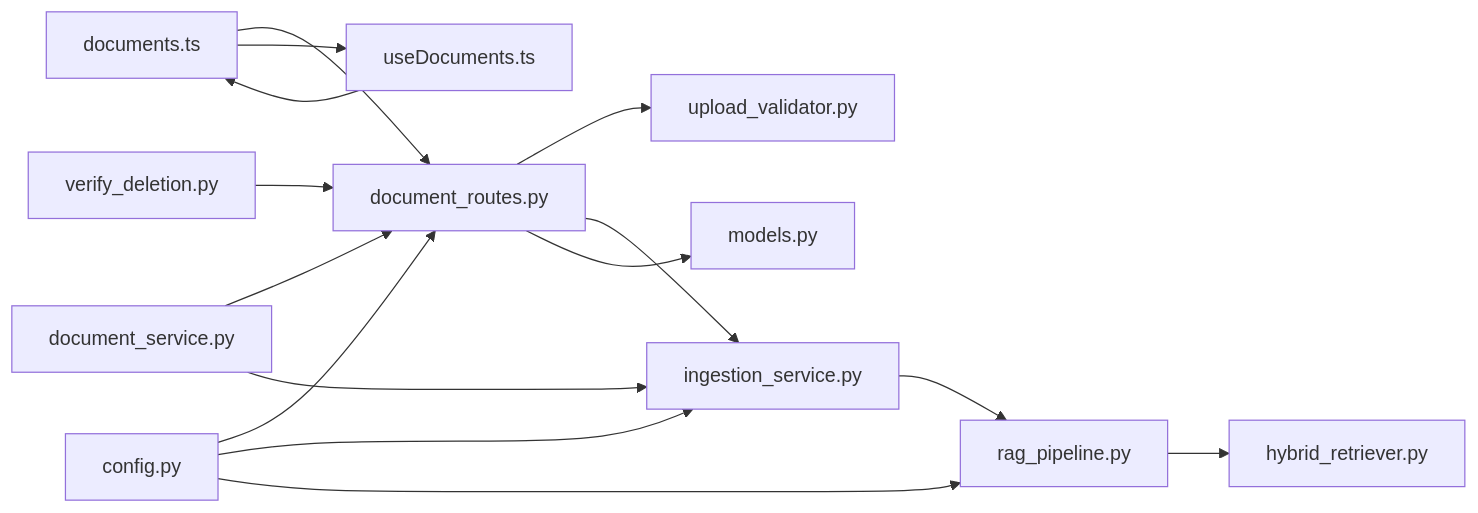
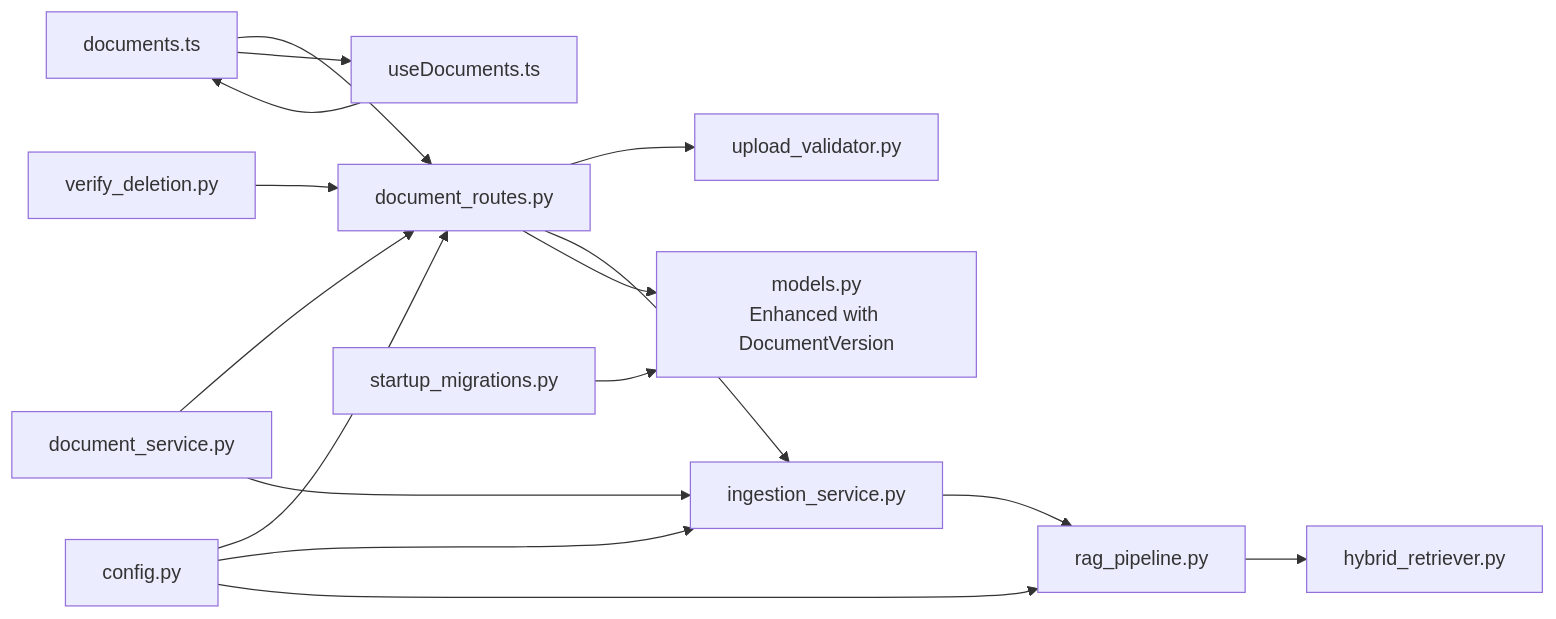
One commit to genes8/private-ai changed the fifth of 5 diagrams in .qoder/repowiki/en/content/API Reference/Administrative API/Document Management API.md. Above: the diagram before and after it, drawn with Mermaid. The commit also changed other lines of this file and 7 other files, not shown here.

First line of the commit message:
fix: startup_migrations SQLAlchemy text() bind-parameter parsing bug

````diff
--- a/.qoder/repowiki/en/content/API Reference/Administrative API/Document Management API.md
+++ b/.qoder/repowiki/en/content/API Reference/Administrative API/Document Management API.md
@@ -540,17 +616,18 @@
 ```mermaid
 graph LR
 FE["documents.ts"] --> DR["document_routes.py"]
 DR --> UV["upload_validator.py"]
 DR --> IS["ingestion_service.py"]
 IS --> RP["rag_pipeline.py"]
 RP --> HR["hybrid_retriever.py"]
-DR --> DBM["models.py"]
+DR --> DBM["models.py<br/>Enhanced with DocumentVersion"]
 CFG["config.py"] --> DR
 CFG --> IS
 CFG --> RP
 FE --> UDH["useDocuments.ts"]
 UDH --> FE
 DS["document_service.py"] --> DR
 DS --> IS
+SM["startup_migrations.py"] --> DBM
 VD["verify_deletion.py"] --> DR
 ```
````
